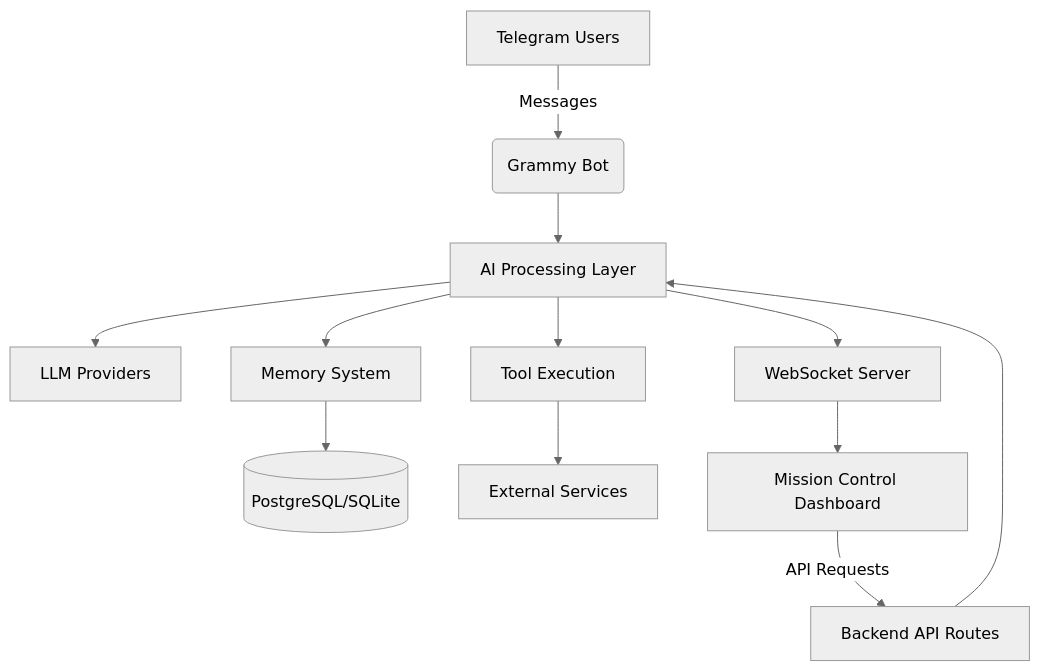
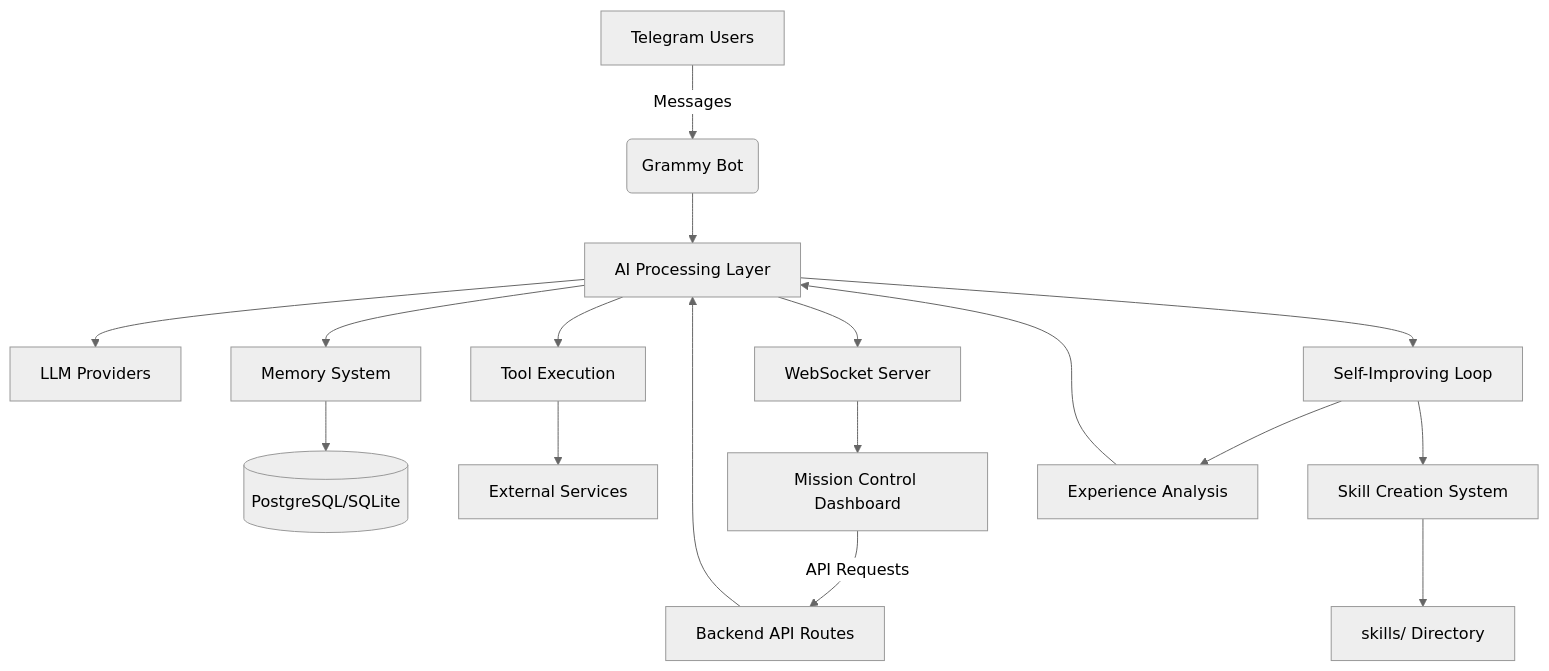
One commit to ArtCenter1/Gravity_Claw changed the diagram in README.md. Above: the diagram before and after it, drawn with Mermaid (neutral theme). The commit also changed other lines of this file and 5 other files, not shown here.

Commit message:
feat: implement self-improving learning loop with skill creation system

````diff
--- a/README.md
+++ b/README.md
@@ -42,14 +47,19 @@
 ```mermaid
 graph TD
     A[Telegram Users] -->|Messages| B(Grammy Bot)
     B --> C[AI Processing Layer]
     C --> D[LLM Providers]
     C --> E[Memory System]
     C --> F[Tool Execution]
     E --> G[(PostgreSQL/SQLite)]
     F --> H[External Services]
     C --> I[WebSocket Server]
     I --> J[Mission Control Dashboard]
     J -->|API Requests| K[Backend API Routes]
     K --> C
+    C --> L[Self-Improving Loop]
+    L --> M[Skill Creation System]
+    L --> N[Experience Analysis]
+    M --> O[skills/ Directory]
+    N --> C
 ```
````
